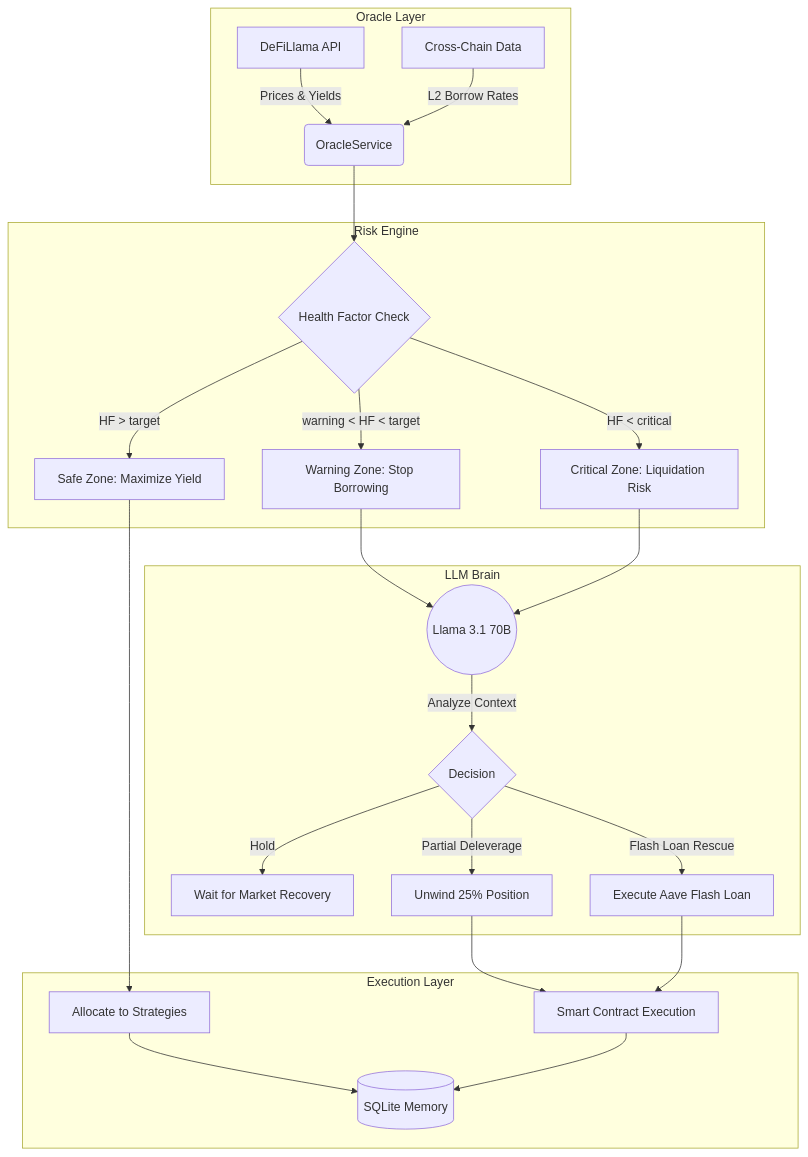
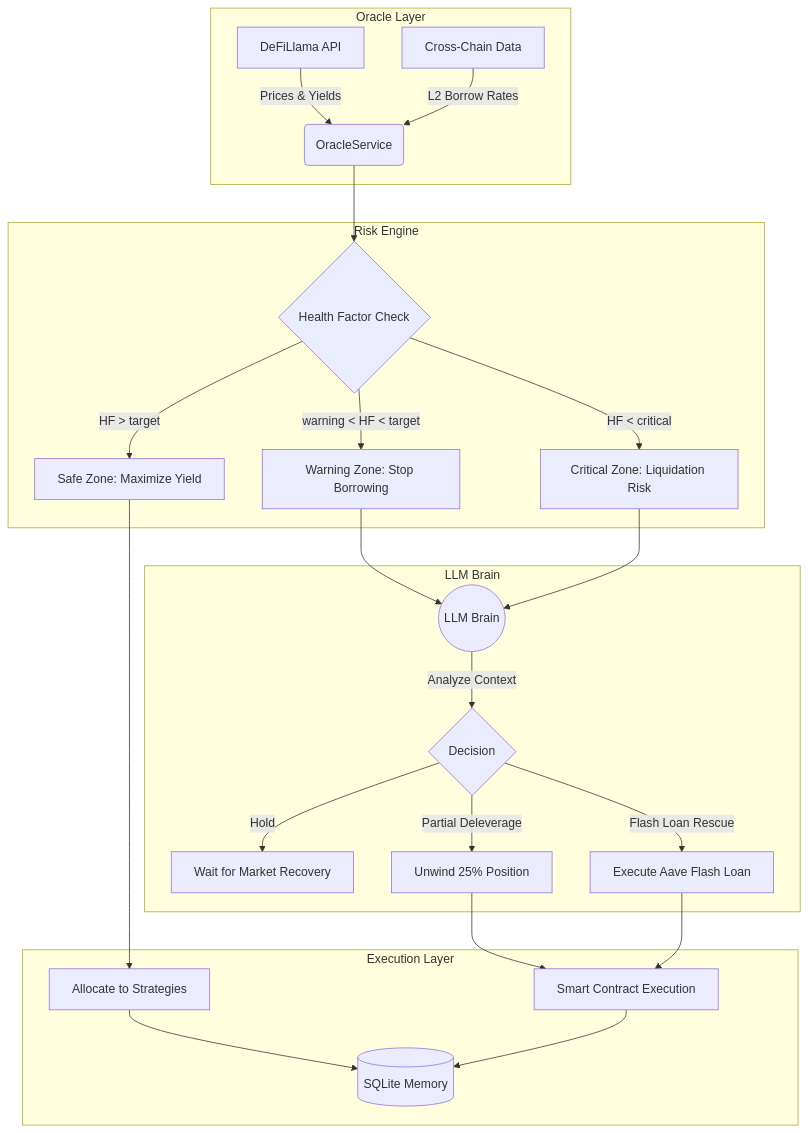
One commit to alikula37/aegis-defai-terminal changed the first of 2 diagrams in README.md. Above: the diagram before and after it, drawn with Mermaid. The commit also changed other lines of this file and 10 other files, not shown here.

````diff
--- a/README.md
+++ b/README.md
@@ -71,31 +72,31 @@
 ```mermaid
 graph TD
     subgraph Oracle Layer
         A[DeFiLlama API] -->|Prices & Yields| B(OracleService)
         C[Cross-Chain Data] -->|L2 Borrow Rates| B
     end
 
     subgraph Risk Engine
         B --> D{Health Factor Check}
         D -->|HF > target| E[Safe Zone: Maximize Yield]
         D -->|warning < HF < target| F[Warning Zone: Stop Borrowing]
         D -->|HF < critical| G[Critical Zone: Liquidation Risk]
     end
 
     subgraph LLM Brain
-        F --> H((Llama 3.1 70B))
+        F --> H((LLM Brain))
         G --> H
         H -->|Analyze Context| I{Decision}
         I -->|Hold| J[Wait for Market Recovery]
         I -->|Partial Deleverage| K[Unwind 25% Position]
         I -->|Flash Loan Rescue| L[Execute Aave Flash Loan]
     end
 
     subgraph Execution Layer
         E --> M[Allocate to Strategies]
         K --> N[Smart Contract Execution]
         L --> N
         M --> O[(SQLite Memory)]
         N --> O
     end
 ```
````
